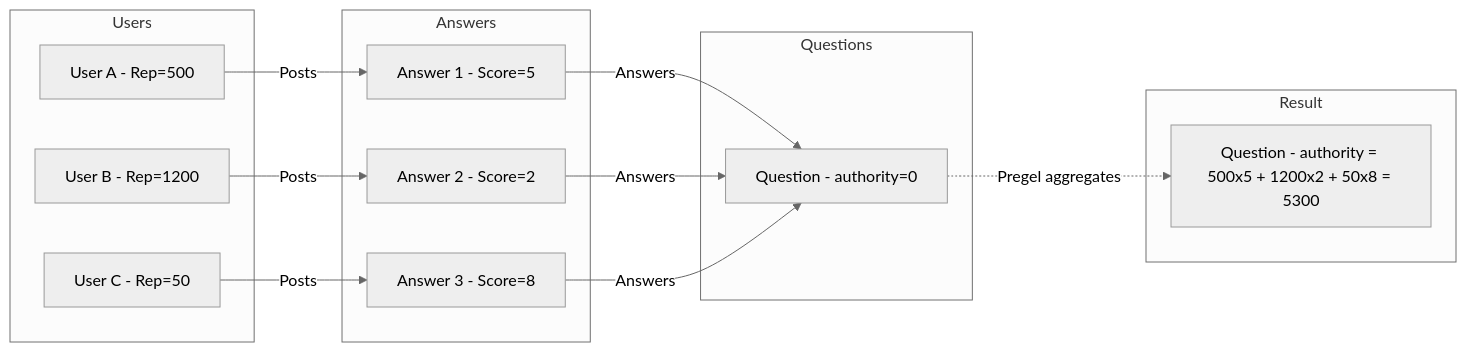
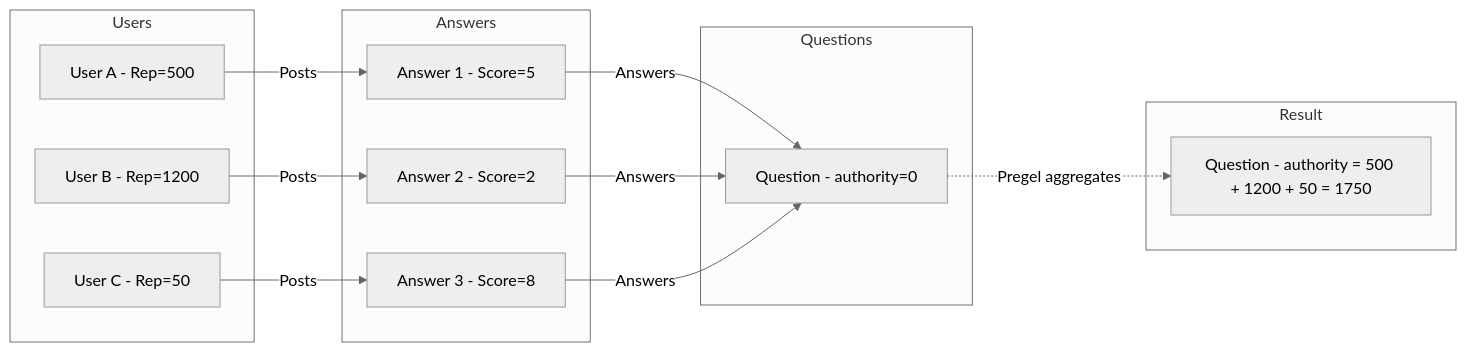
The second of 2 diagrams in BLOG_POST.md (graphframes/graphframes), drawn with Mermaid (neutral theme) before and after one commit.

Commit message:
Apply suggestion from @gemini-code-assist[bot]

````diff
--- a/BLOG_POST.md
+++ b/BLOG_POST.md
@@ -82,31 +82,31 @@
 ```mermaid
 graph LR
     subgraph Users
         U1["User A - Rep=500"]
         U2["User B - Rep=1200"]
         U3["User C - Rep=50"]
     end
 
     subgraph Answers
         A1["Answer 1 - Score=5"]
         A2["Answer 2 - Score=2"]
         A3["Answer 3 - Score=8"]
     end
 
     subgraph Questions
         Q1["Question - authority=0"]
     end
 
     U1 -->|"Posts"| A1
     U2 -->|"Posts"| A2
     U3 -->|"Posts"| A3
     A1 -->|"Answers"| Q1
     A2 -->|"Answers"| Q1
     A3 -->|"Answers"| Q1
 
     subgraph Result
-        Q2["Question - authority = 500x5 + 1200x2 + 50x8 = 5300"]
+        Q2["Question - authority = 500 + 1200 + 50 = 1750"]
     end
 
     Q1 -.->|"Pregel aggregates"| Q2
 ```
````
